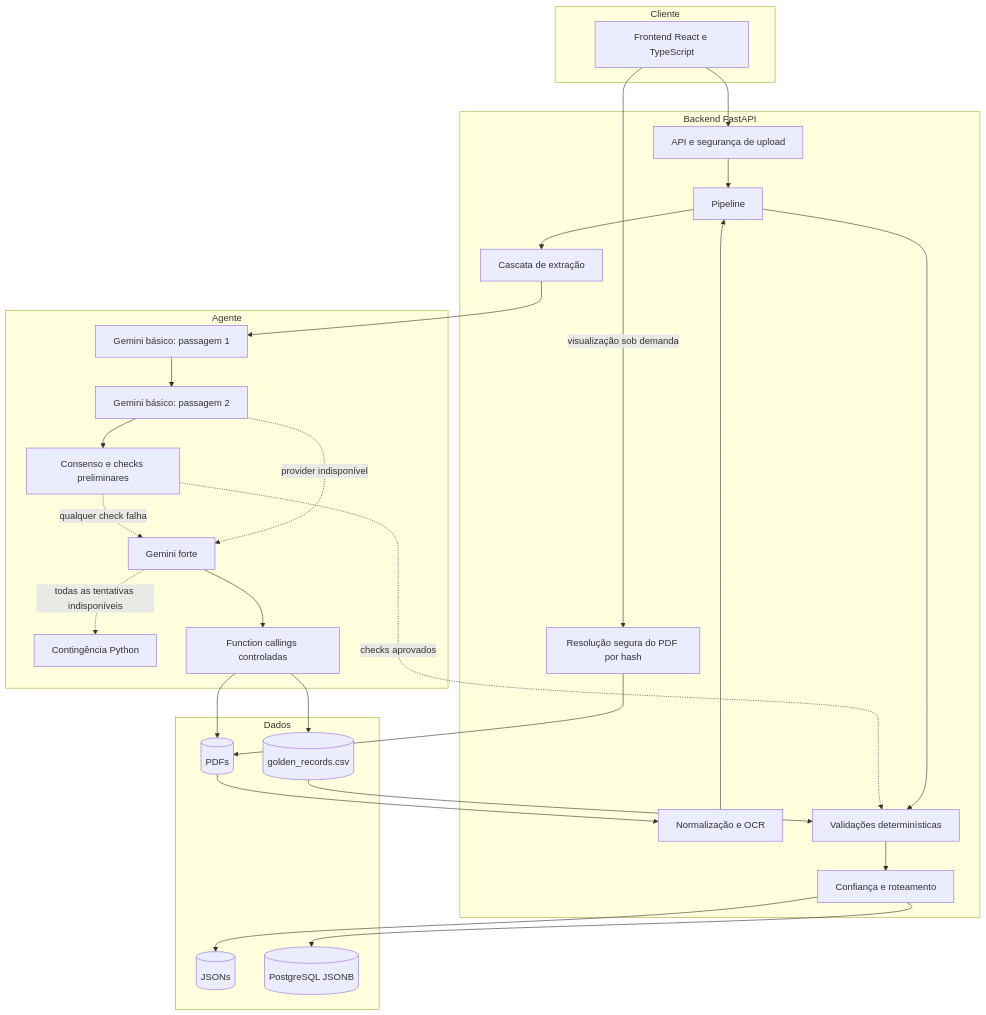
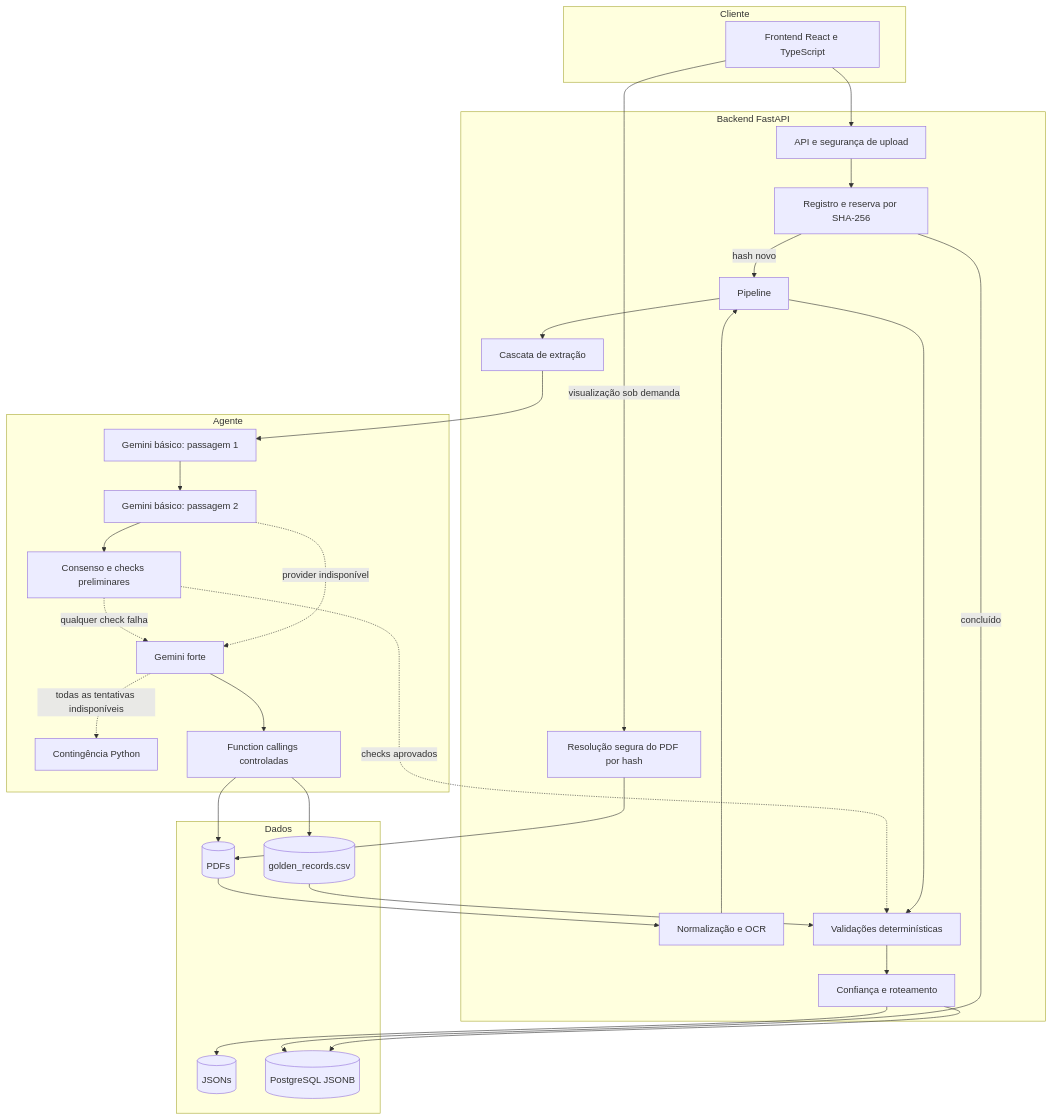
One commit to GMiraaa/fintrace changed the diagram in f_docs/b_architecture/architecture-decisions.md. Above: the diagram before and after it, drawn with Mermaid. The commit also changed other lines of this file and 27 other files, not shown here.

````diff
--- a/f_docs/b_architecture/architecture-decisions.md
+++ b/f_docs/b_architecture/architecture-decisions.md
@@ -8,46 +8,49 @@
 ```mermaid
 flowchart TB
     subgraph Cliente
         FE[Frontend React e TypeScript]
     end
     subgraph Backend FastAPI
         HTTP[API e segurança de upload]
+        REG[Registro e reserva por SHA-256]
         VIEW[Resolução segura do PDF por hash]
         ORCH[Pipeline]
         PRE[Normalização e OCR]
         EXT[Cascata de extração]
         VAL[Validações determinísticas]
         CR[Confiança e roteamento]
     end
     subgraph Agente
         BASIC1[Gemini básico: passagem 1]
         BASIC2[Gemini básico: passagem 2]
         CHECKS[Consenso e checks preliminares]
         STRONG[Gemini forte]
         PY[Contingência Python]
         FC[Function callings controladas]
     end
     subgraph Dados
         INPUT[(PDFs)]
         GOLDEN[(golden_records.csv)]
         OUTPUT[(JSONs)]
         PG[(PostgreSQL JSONB)]
     end
 
-    FE --> HTTP --> ORCH
+    FE --> HTTP --> REG
+    REG -->|hash novo| ORCH
+    REG -->|concluído| PG
     FE -->|visualização sob demanda| VIEW
     VIEW --> INPUT
     INPUT --> PRE --> ORCH
     ORCH --> EXT
     EXT --> BASIC1 --> BASIC2 --> CHECKS
     CHECKS -. qualquer check falha .-> STRONG
     CHECKS -. checks aprovados .-> VAL
     BASIC2 -. provider indisponível .-> STRONG
     STRONG -. todas as tentativas indisponíveis .-> PY
     STRONG --> FC
     FC --> GOLDEN
     FC --> INPUT
     ORCH --> VAL --> CR --> OUTPUT
     CR --> PG
     GOLDEN --> VAL
 ```
````
